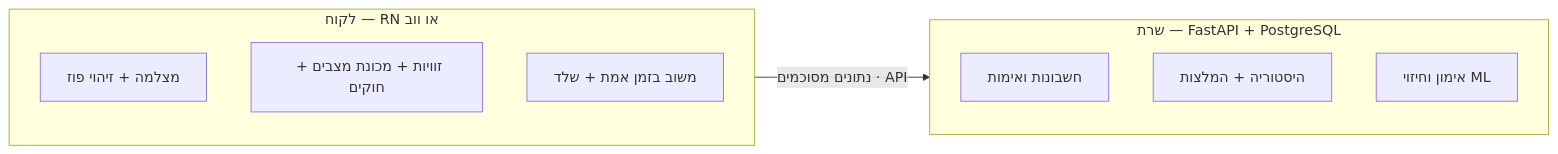
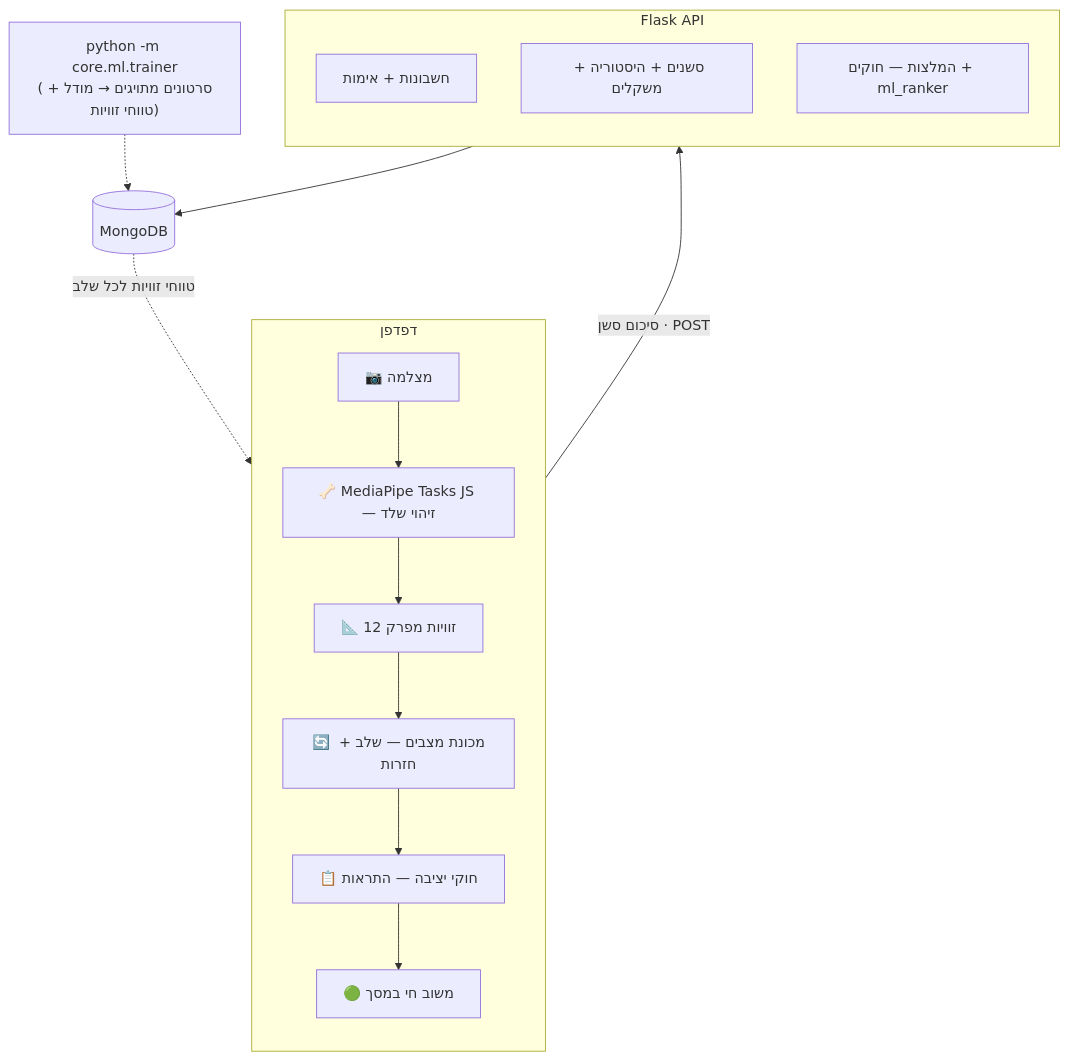
The diagram in docs/pose-iq-status-he.md (Azriel-Erenkrantz/Pose-IQ), drawn with Mermaid before and after one commit. The commit also changed other lines of this file and 4 other files, not shown here.

````diff
--- a/docs/pose-iq-status-he.md
+++ b/docs/pose-iq-status-he.md
@@ -173,16 +87,22 @@
 ```mermaid
-flowchart LR
-  subgraph CLIENT["לקוח — RN או ווב"]
+flowchart TB
+  subgraph CLIENT["דפדפן"]
     direction TB
-    c1["מצלמה + זיהוי פוז"]
-    c2["זוויות + מכונת מצבים + חוקים"]
-    c3["משוב בזמן אמת + שלד"]
+    c1["📷 מצלמה"] --> c2["🦴 MediaPipe Tasks JS — זיהוי שלד"]
+    c2 --> c3["📐 12 זוויות מפרק"]
+    c3 --> c4["🔄 מכונת מצבים — שלב + חזרות"]
+    c4 --> c5["📋 חוקי יציבה — התראות"]
+    c5 --> c6["🟢 משוב חי במסך"]
   end
-  subgraph SERVER["שרת — FastAPI + PostgreSQL"]
+  subgraph SERVER["Flask API"]
     direction TB
-    s1["חשבונות ואימות"]
-    s2["היסטוריה + המלצות"]
-    s3["אימון וחיזוי ML"]
+    s1["חשבונות + אימות"]
+    s2["סשנים + היסטוריה + משקלים"]
+    s3["המלצות — חוקים + ml_ranker"]
   end
-  CLIENT -- "נתונים מסוכמים · API" --> SERVER
+  DB[("MongoDB")]
+  CLIENT -- "סיכום סשן · POST" --> SERVER
+  SERVER --> DB
+  TRAIN["python -m core.ml.trainer\n(סרטונים מתויגים → מודל + טווחי זוויות)"] -.-> DB
+  DB -. "טווחי זוויות לכל שלב" .-> c5
 ```
````
